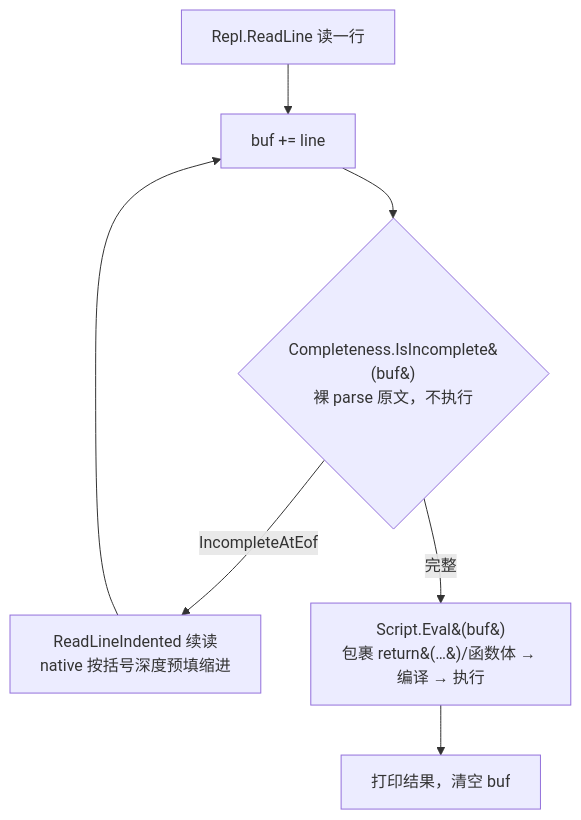
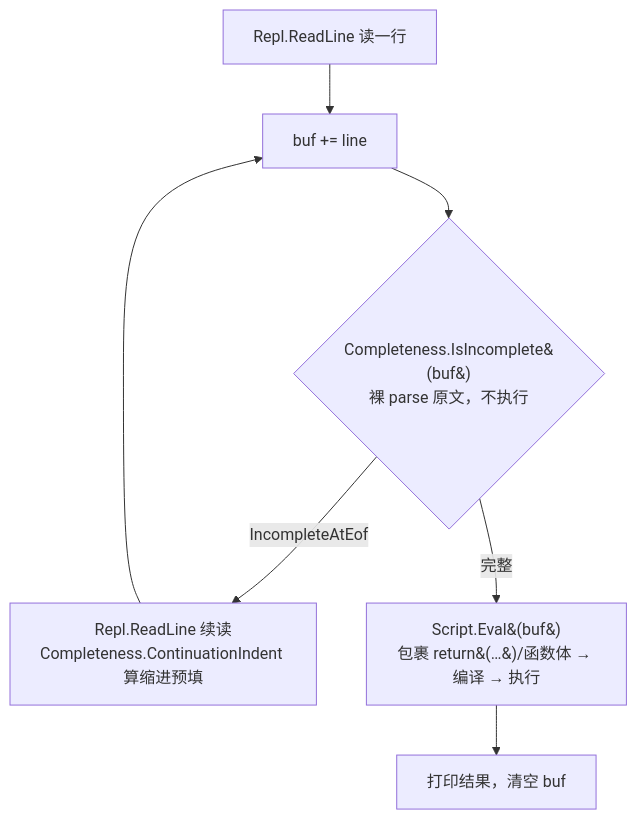
Before and after one commit to z42-lang/z42: the diagram in docs/book/src/toolchain/repl-input-completeness.md, drawn with Mermaid. The commit also changed other lines of this file and 14 other files, not shown here.

Commit message:
refactor(runtime): REPL 续行缩进从 native 括号计数下沉到脚本层 (#150)

````diff
--- a/docs/book/src/toolchain/repl-input-completeness.md
+++ b/docs/book/src/toolchain/repl-input-completeness.md
@@ -20,9 +20,9 @@
 ```mermaid
 flowchart TD
     L[Repl.ReadLine 读一行] --> A[buf += line]
     A --> C{Completeness.IsIncomplete&#40;buf&#41;<br/>裸 parse 原文，不执行}
-    C -->|IncompleteAtEof| I[ReadLineIndented 续读<br/>native 按括号深度预填缩进]
+    C -->|IncompleteAtEof| I[Repl.ReadLine 续读<br/>Completeness.ContinuationIndent 算缩进预填]
     I --> A
     C -->|完整| E[Script.Eval&#40;buf&#41;<br/>包裹 return&#40;…&#41;/函数体 → 编译 → 执行]
     E --> R[打印结果，清空 buf]
 ```
````
